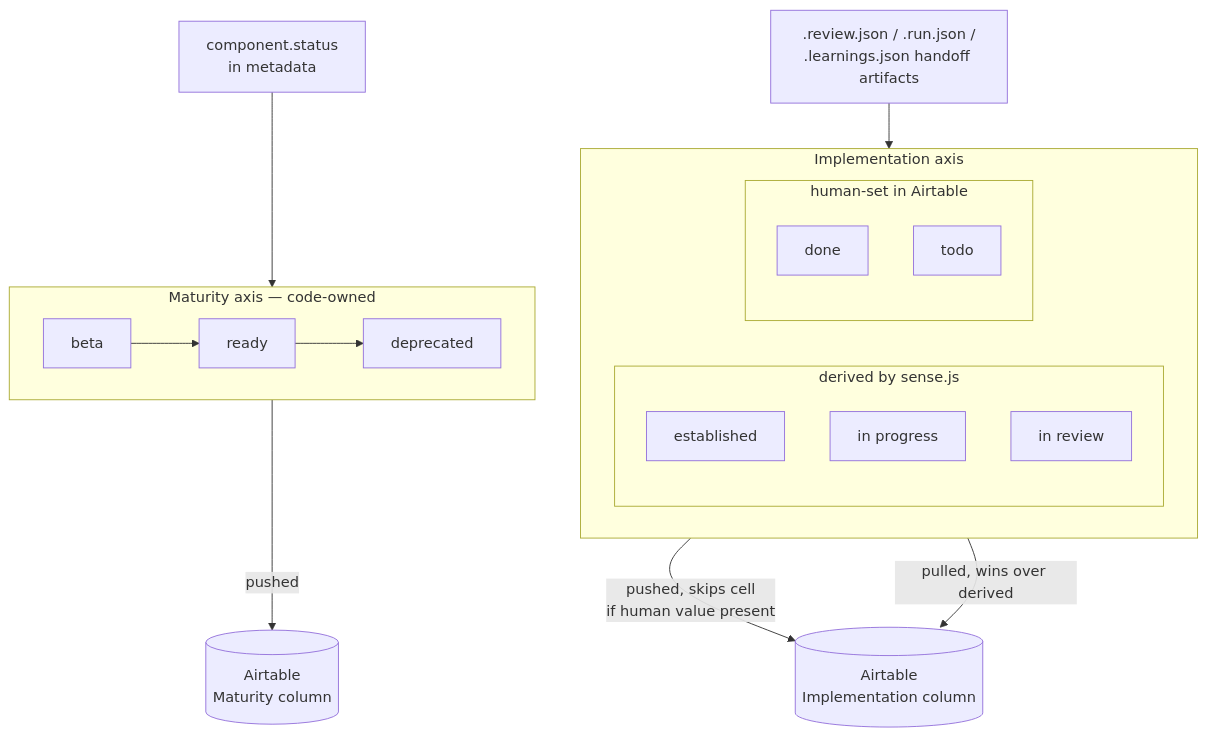
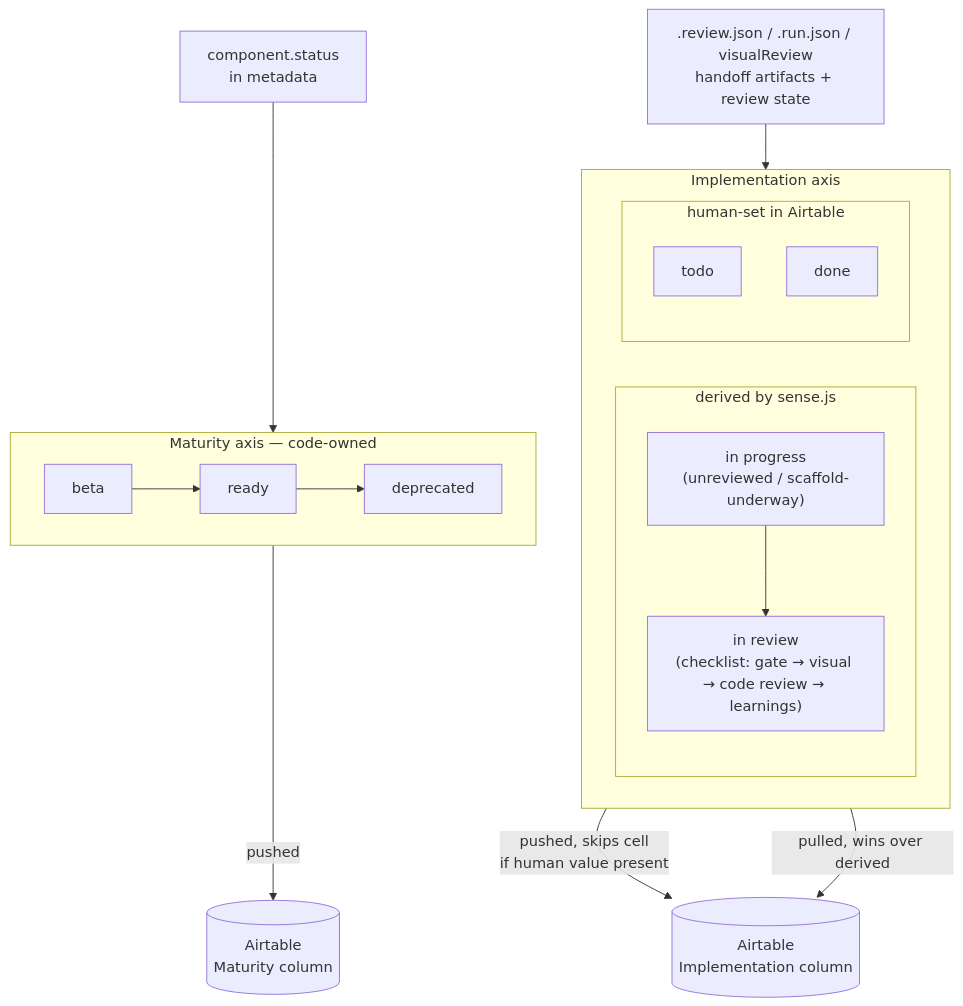
The diagram in docs/02-component-lifecycle.md (F4cu/upskill-design-system), drawn with Mermaid before and after one commit. The commit also changed other lines of this file and 14 other files, not shown here.

First line of the commit message:
Lifecycle: 4 broad stages + review checklist (#64, PR 1/3) (#65)

````diff
--- a/docs/02-component-lifecycle.md
+++ b/docs/02-component-lifecycle.md
@@ -71,24 +75,24 @@
 ```mermaid
 flowchart TB
     subgraph M[Maturity axis — code-owned]
         direction LR
         beta --> ready --> deprecated
     end
     subgraph I[Implementation axis]
         direction LR
         subgraph derived[derived by sense.js]
-            established
-            inprogress[in progress]
-            inreview[in review]
+            inprogress["in progress<br/>(unreviewed / scaffold-underway)"]
+            inreview["in review<br/>(checklist: gate → visual → code review → learnings)"]
+            inprogress --> inreview
         end
         subgraph human[human-set in Airtable]
+            todo
             done
-            todo
         end
     end
     meta[component.status<br/>in metadata] --> M
-    artifacts[.review.json / .run.json /<br/>.learnings.json handoff artifacts] --> derived
+    artifacts[.review.json / .run.json / visualReview<br/>handoff artifacts + review state] --> derived
     M -->|pushed| A[(Airtable<br/>Maturity column)]
     derived -->|pushed, skips cell<br/>if human value present| B[(Airtable<br/>Implementation column)]
     human -->|pulled, wins over derived| B
 ```
````
